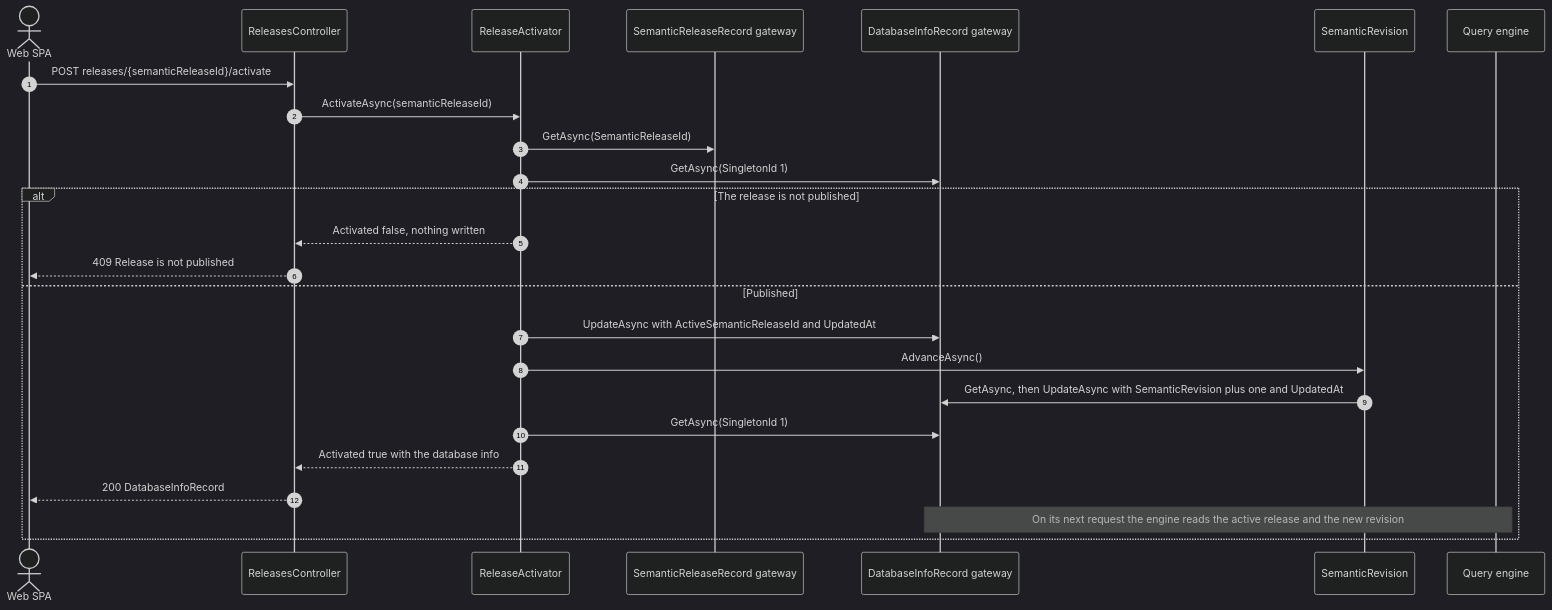
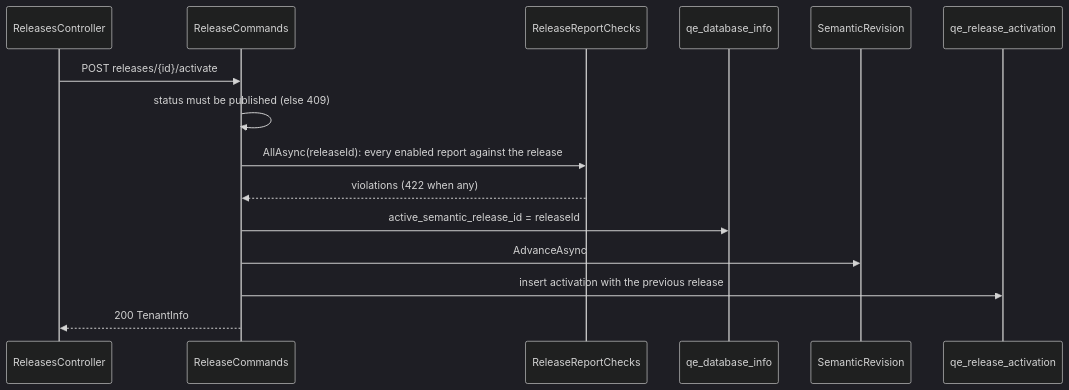
The third of 6 diagrams in api/docs/architecture/06-key-actions.md (chrisaliotta/Quantalytix.QueryEngine.Admin), drawn with Mermaid (dark theme) before and after one commit. The commit also changed other lines of this file and 7 other files, not shown here.

Commit message:
Rewrite the API README and architecture docs for the change-set API

````diff
--- a/api/docs/architecture/06-key-actions.md
+++ b/api/docs/architecture/06-key-actions.md
@@ -307,27 +81,17 @@
 ```mermaid
 sequenceDiagram
-    autonumber
-    actor Client as Web SPA
     participant Ctl as ReleasesController
-    participant Act as ReleaseActivator
-    participant Releases as SemanticReleaseRecord gateway
-    participant Info as DatabaseInfoRecord gateway
+    participant Cmd as ReleaseCommands
+    participant Chk as ReleaseReportChecks
+    participant Info as qe_database_info
     participant Rev as SemanticRevision
-    participant Engine as Query engine
-    Client->>Ctl: POST releases/{semanticReleaseId}/activate
-    Ctl->>Act: ActivateAsync(semanticReleaseId)
-    Act->>Releases: GetAsync(SemanticReleaseId)
-    Act->>Info: GetAsync(SingletonId 1)
-    alt The release is not published
-        Act-->>Ctl: Activated false, nothing written
-        Ctl-->>Client: 409 Release is not published
-    else Published
-        Act->>Info: UpdateAsync with ActiveSemanticReleaseId and UpdatedAt
-        Act->>Rev: AdvanceAsync()
-        Rev->>Info: GetAsync, then UpdateAsync with SemanticRevision plus one and UpdatedAt
-        Act->>Info: GetAsync(SingletonId 1)
-        Act-->>Ctl: Activated true with the database info
-        Ctl-->>Client: 200 DatabaseInfoRecord
-        Note over Engine,Info: On its next request the engine reads the active release and the new revision
-    end
+    participant Log as qe_release_activation
+    Ctl->>Cmd: POST releases/{id}/activate
+    Cmd->>Cmd: status must be published (else 409)
+    Cmd->>Chk: AllAsync(releaseId): every enabled report against the release
+    Chk-->>Cmd: violations (422 when any)
+    Cmd->>Info: active_semantic_release_id = releaseId
+    Cmd->>Rev: AdvanceAsync
+    Cmd->>Log: insert activation with the previous release
+    Cmd-->>Ctl: 200 TenantInfo
 ```
````
